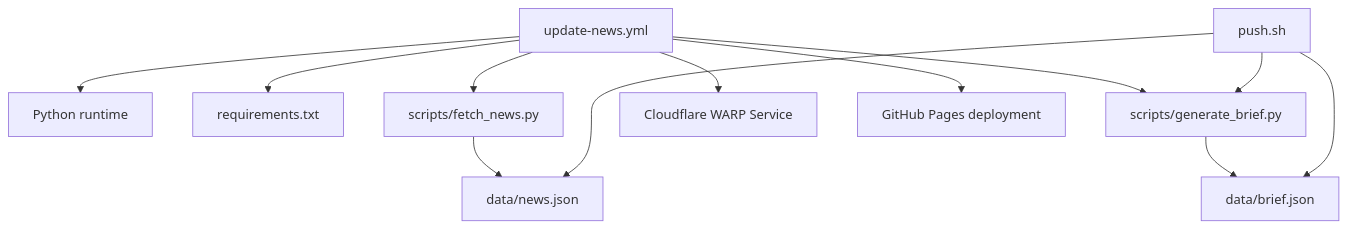
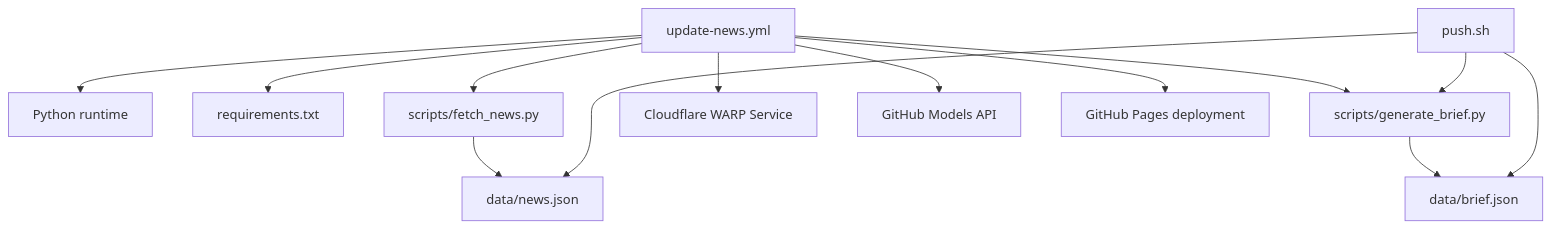
One commit to junxie01/daily_news changed the eighth of 8 diagrams in .qoder/repowiki/en/content/Deployment & Automation.md. Above: the diagram before and after it, drawn with Mermaid. The commit also changed other lines of this file and 2 other files, not shown here.

````diff
--- a/.qoder/repowiki/en/content/Deployment & Automation.md
+++ b/.qoder/repowiki/en/content/Deployment & Automation.md
@@ -352,14 +353,15 @@
 ```mermaid
 graph TB
 W["update-news.yml"] --> P["Python runtime"]
 W --> R["requirements.txt"]
 W --> F["scripts/fetch_news.py"]
 W --> G["scripts/generate_brief.py"]
 W --> WARP["Cloudflare WARP Service"]
+W --> GM["GitHub Models API"]
 F --> DN["data/news.json"]
 G --> DB["data/brief.json"]
 W --> GP["GitHub Pages deployment"]
 S["push.sh"] --> G
 S --> DN
 S --> DB
 ```
````
